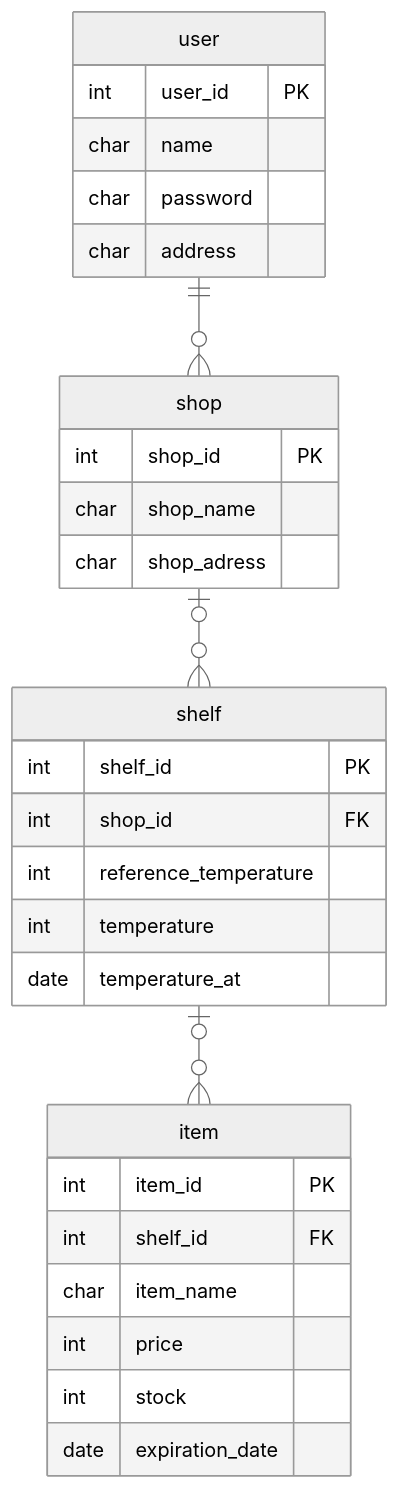
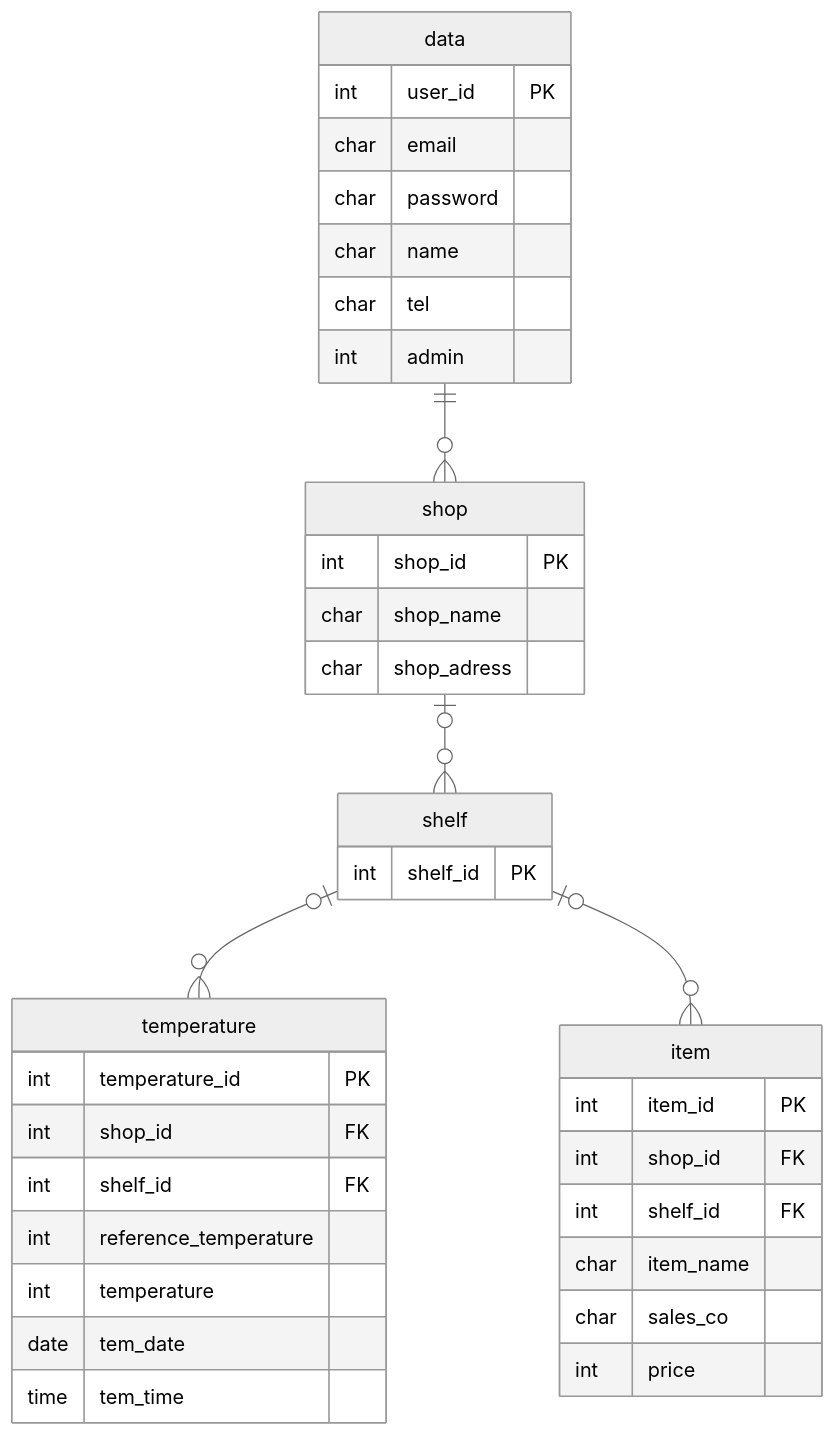
Before and after one commit to Itsuki1031/test: the diagram in README.md, drawn with Mermaid (neutral theme). The commit also changed other lines of this file, not shown here.

````diff
--- a/README.md
+++ b/README.md
@@ -5,36 +5,45 @@
 ```mermaid
 erDiagram
-user {
+data {
     int user_id PK
+    char email
+    char password
     char name
-    char password
-    char address
+    char tel
+    int admin
 }
 
 shop {
     int shop_id PK
     char shop_name
     char shop_adress
 }
 
 shelf {
     int shelf_id PK
+}
+
+temperature {
+    int temperature_id PK
     int shop_id FK
+    int shelf_id FK
     int reference_temperature
     int temperature
-    date temperature_at
+    date tem_date
+    time tem_time
 }
 
 item {
     int item_id PK
+    int shop_id FK
     int shelf_id FK
     char item_name
+    char sales_co
     int price
-    int stock
-    date expiration_date
 }
 
-user ||--o{ shop : ""
+data ||--o{ shop : ""
 shop |o--o{ shelf : ""
+shelf |o--o{ temperature : ""
 shelf |o--o{ item : ""
 ```
````
